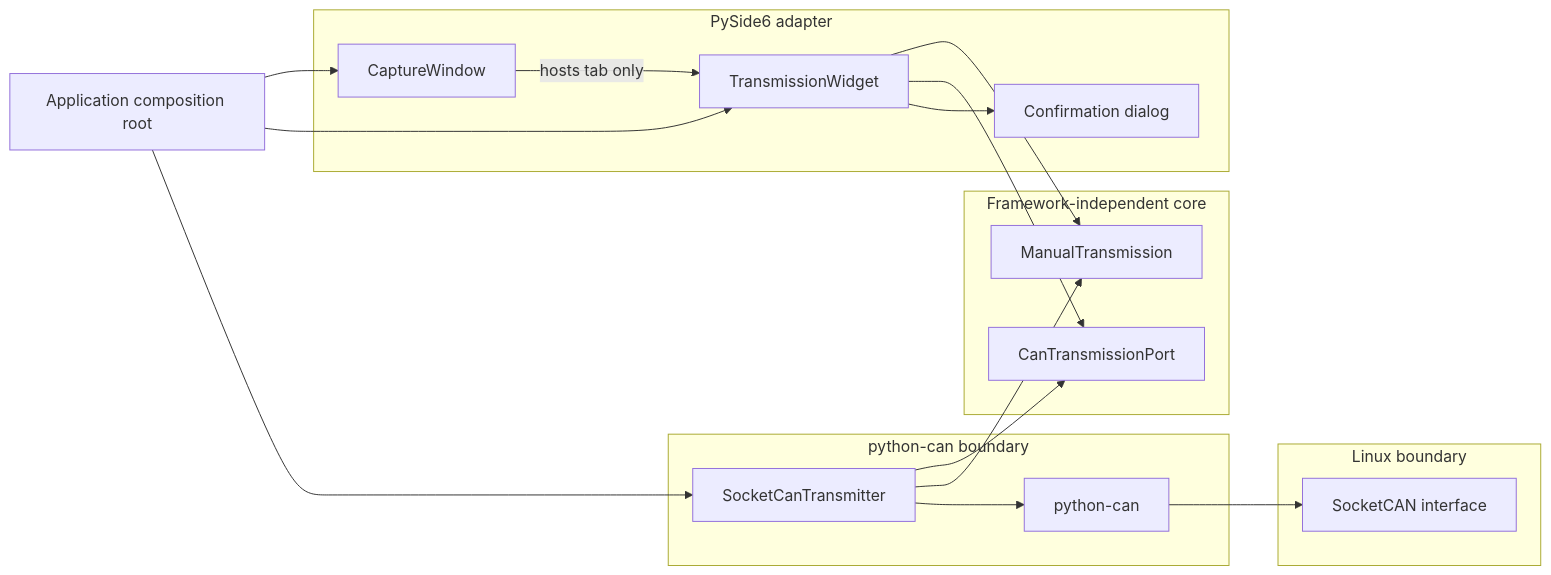
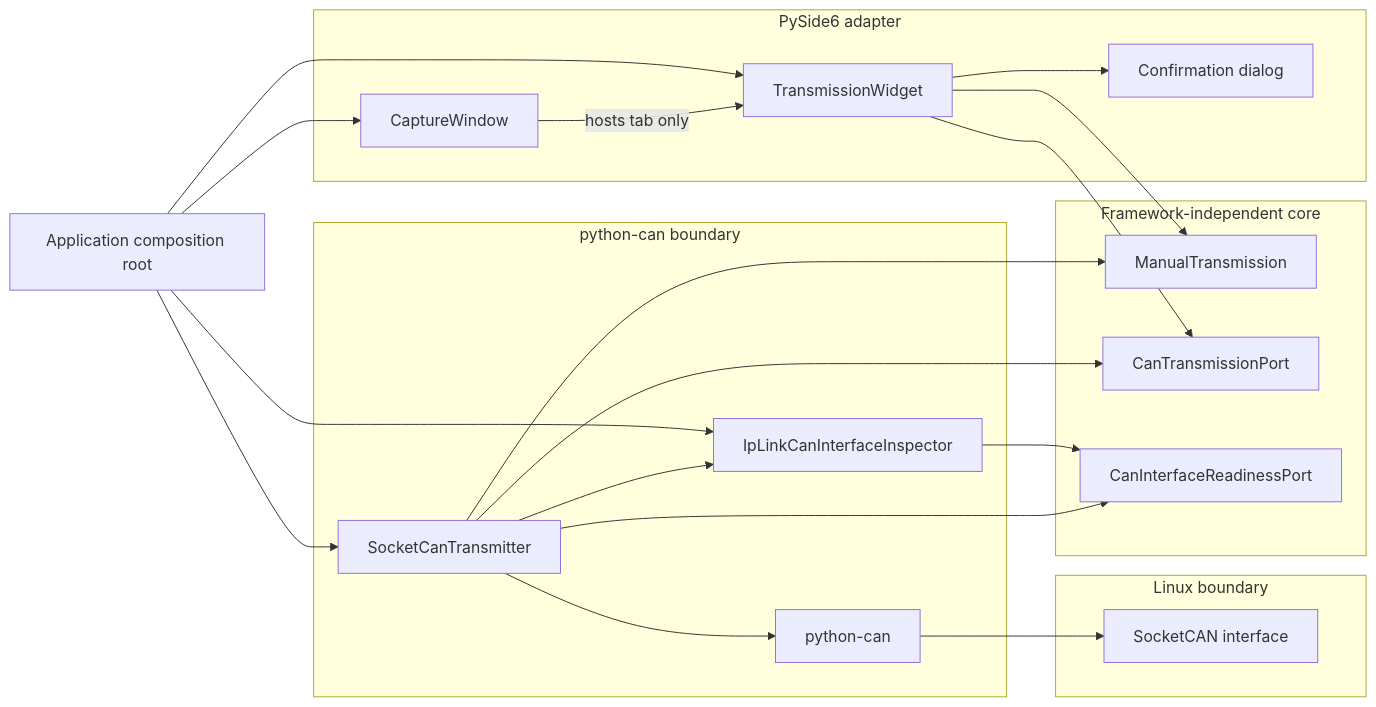
One commit to benoit-bremaud/can-sniffer changed the diagram in docs/architecture/diagrams/manual-transmission/03-component.md. Above: the diagram before and after it, drawn with Mermaid. The commit also changed other lines of this file and 18 other files, not shown here.

````diff
--- a/docs/architecture/diagrams/manual-transmission/03-component.md
+++ b/docs/architecture/diagrams/manual-transmission/03-component.md
@@ -15,35 +15,41 @@
 ```mermaid
 flowchart LR
     subgraph Core[Framework-independent core]
         Request[ManualTransmission]
         Port[CanTransmissionPort]
+        ReadinessPort[CanInterfaceReadinessPort]
     end
 
     subgraph UI[PySide6 adapter]
         Window[CaptureWindow]
         Panel[TransmissionWidget]
         Dialog[Confirmation dialog]
     end
 
     subgraph Infrastructure[python-can boundary]
         Adapter[SocketCanTransmitter]
+        Inspector[IpLinkCanInterfaceInspector]
         PythonCan[python-can]
     end
 
     subgraph OperatingSystem[Linux boundary]
         SocketCAN[SocketCAN interface]
     end
 
     Bootstrap[Application composition root]
     Panel --> Request
     Panel --> Port
     Panel --> Dialog
     Adapter --> Port
+    Adapter --> ReadinessPort
     Adapter --> Request
+    Inspector --> ReadinessPort
+    Adapter --> Inspector
     Adapter --> PythonCan
     PythonCan --> SocketCAN
     Window -->|"hosts tab only"| Panel
     Bootstrap --> Window
     Bootstrap --> Panel
     Bootstrap --> Adapter
+    Bootstrap --> Inspector
 ```
````
